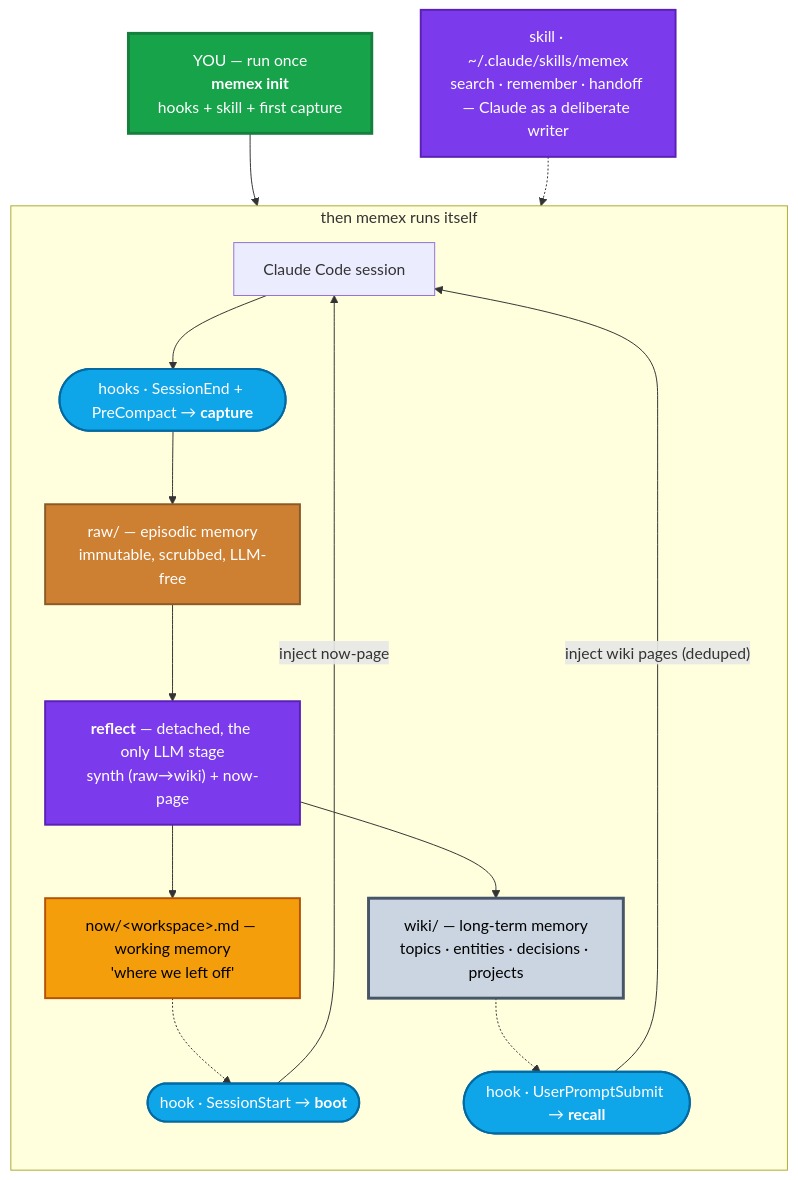
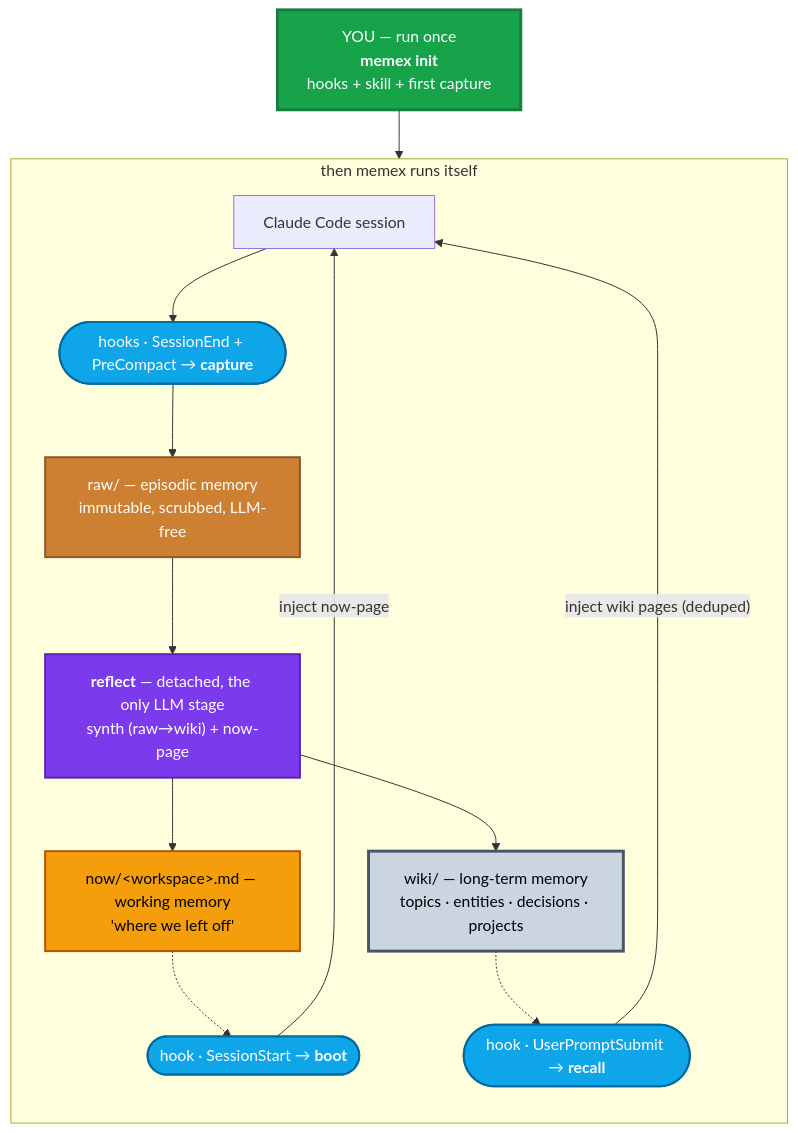
One commit to GianCdM/memex changed the diagram in README.md. Above: the diagram before and after it, drawn with Mermaid. The commit also changed other lines of this file and 11 other files, not shown here.

First line of the commit message:
refactor(cli): remove handoff, briefing, and remember CLI commands

````diff
--- a/README.md
+++ b/README.md
@@ -71,35 +66,33 @@
 ```mermaid
 flowchart TB
   classDef you fill:#16a34a,color:#fff,stroke:#15803d,stroke-width:3px
   classDef hook fill:#0ea5e9,color:#fff,stroke:#0369a1,stroke-width:2px
   classDef llm fill:#7c3aed,color:#fff,stroke:#5b21b6,stroke-width:2px
   classDef bronze fill:#cd7f32,color:#fff,stroke:#8b5a2b,stroke-width:2px
   classDef wiki fill:#cbd5e1,color:#000,stroke:#475569,stroke-width:3px
   classDef nowc fill:#f59e0b,color:#000,stroke:#b45309,stroke-width:2px
 
   YOU["YOU — run once<br/><b>memex init</b><br/>hooks + skill + first capture"]:::you
 
   subgraph AUTO["then memex runs itself"]
     direction TB
     HARNESS["Claude Code session"]
     BOOT(["hook · SessionStart → <b>boot</b>"]):::hook
     RECALL(["hook · UserPromptSubmit → <b>recall</b>"]):::hook
     CAP(["hooks · SessionEnd + PreCompact → <b>capture</b>"]):::hook
     RAW["raw/ — episodic memory<br/>immutable, scrubbed, LLM-free"]:::bronze
     REFL["<b>reflect</b> — detached, the only LLM stage<br/>synth (raw→wiki) + now-page"]:::llm
     WIKI["wiki/ — long-term memory<br/>topics · entities · decisions · projects"]:::wiki
     NOW["now/&lt;workspace&gt;.md — working memory<br/>'where we left off'"]:::nowc
 
     BOOT -- "inject now-page" --> HARNESS
     RECALL -- "inject wiki pages (deduped)" --> HARNESS
     HARNESS --> CAP --> RAW --> REFL
     REFL --> WIKI
     REFL --> NOW
     NOW -.-> BOOT
     WIKI -.-> RECALL
   end
 
-  SKILL["skill · ~/.claude/skills/memex<br/>search · remember · handoff — Claude as a deliberate writer"]:::llm
   YOU --> HARNESS
-  SKILL -.-> HARNESS
 ```
````
